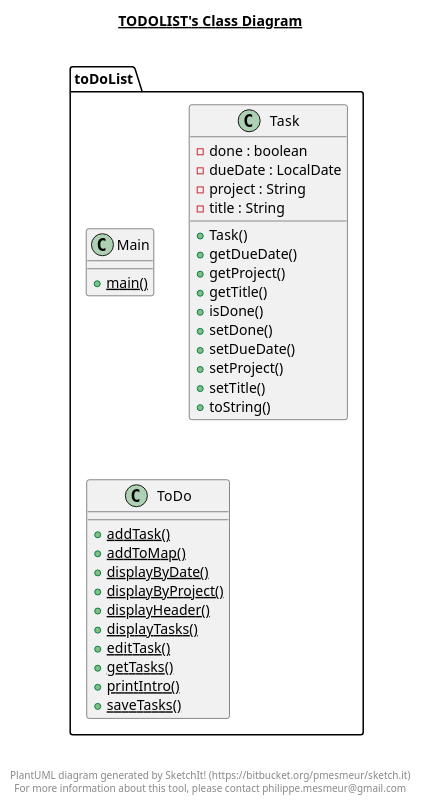
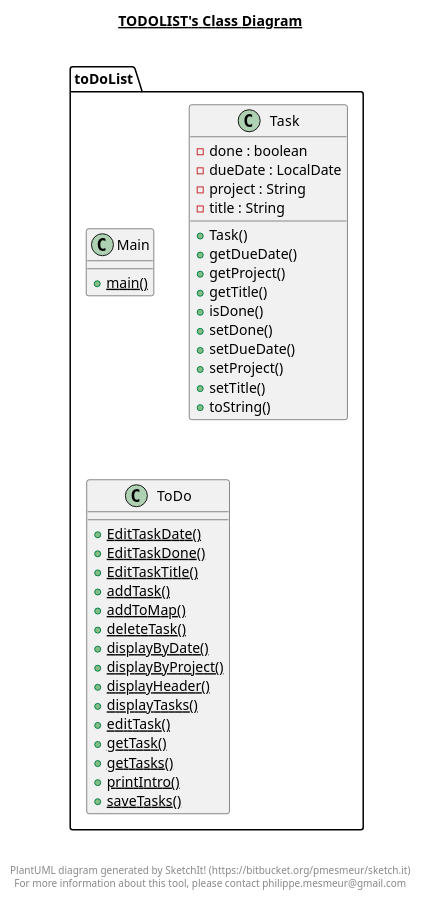
The diagram in Downloads/ToDoList1/src/main/java/toDoList/toDoList.plantuml (Ayatj/ToDoList), drawn with PlantUML before and after one commit. The commit also changed 11 other files, not shown here.

Commit message:
Update class diagram

```diff
--- a/Downloads/ToDoList1/src/main/java/toDoList/toDoList.plantuml
+++ b/Downloads/ToDoList1/src/main/java/toDoList/toDoList.plantuml
@@ -1,57 +1,62 @@
 @startuml
 
 title __TODOLIST's Class Diagram__\n
 
   namespace toDoList {
     class toDoList.Main {
         {static} + main()
     }
   }
   
 
   namespace toDoList {
     class toDoList.Task {
         - done : boolean
         - dueDate : LocalDate
         - project : String
         - title : String
         + Task()
         + getDueDate()
         + getProject()
         + getTitle()
         + isDone()
         + setDone()
         + setDueDate()
         + setProject()
         + setTitle()
         + toString()
     }
   }
   
 
   namespace toDoList {
     class toDoList.ToDo {
+        {static} + EditTaskDate()
+        {static} + EditTaskDone()
+        {static} + EditTaskTitle()
         {static} + addTask()
         {static} + addToMap()
+        {static} + deleteTask()
         {static} + displayByDate()
         {static} + displayByProject()
         {static} + displayHeader()
         {static} + displayTasks()
         {static} + editTask()
+        {static} + getTask()
         {static} + getTasks()
         {static} + printIntro()
         {static} + saveTasks()
     }
   }
   
 
 
 
 right footer
 
 
 PlantUML diagram generated by SketchIt! (https://bitbucket.org/pmesmeur/sketch.it)
 For more information about this tool, please contact philippe.mesmeur@gmail.com
 endfooter
 
 @enduml
```
